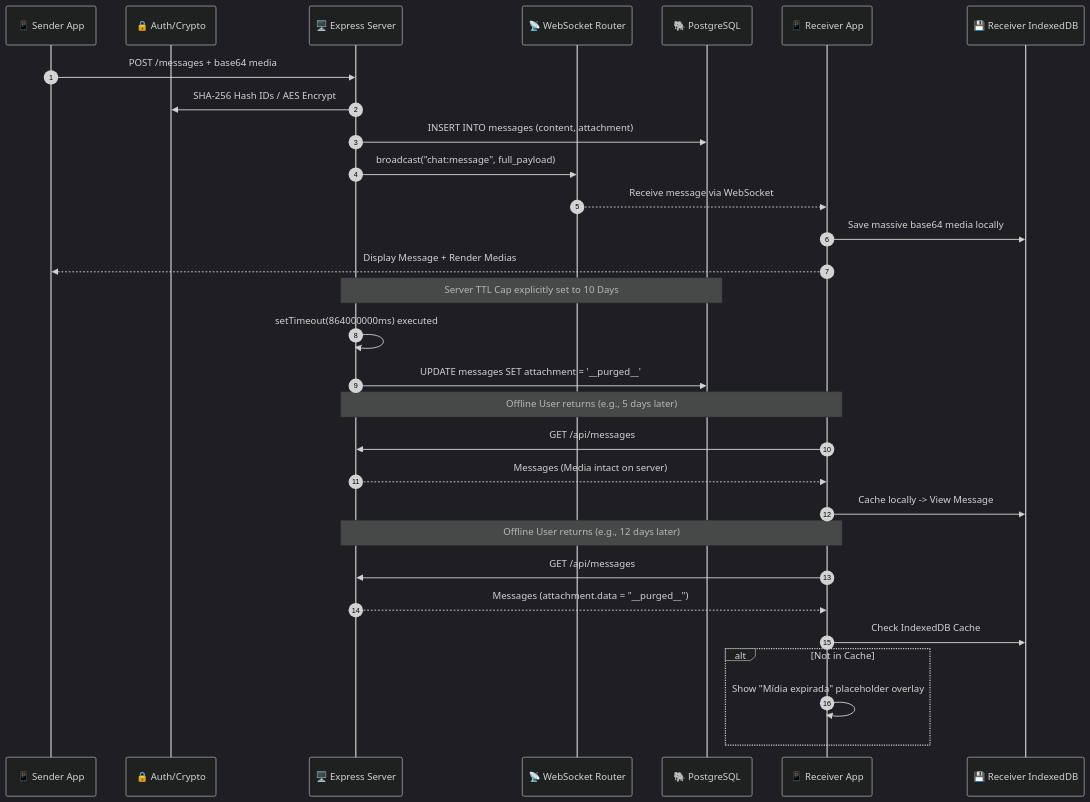
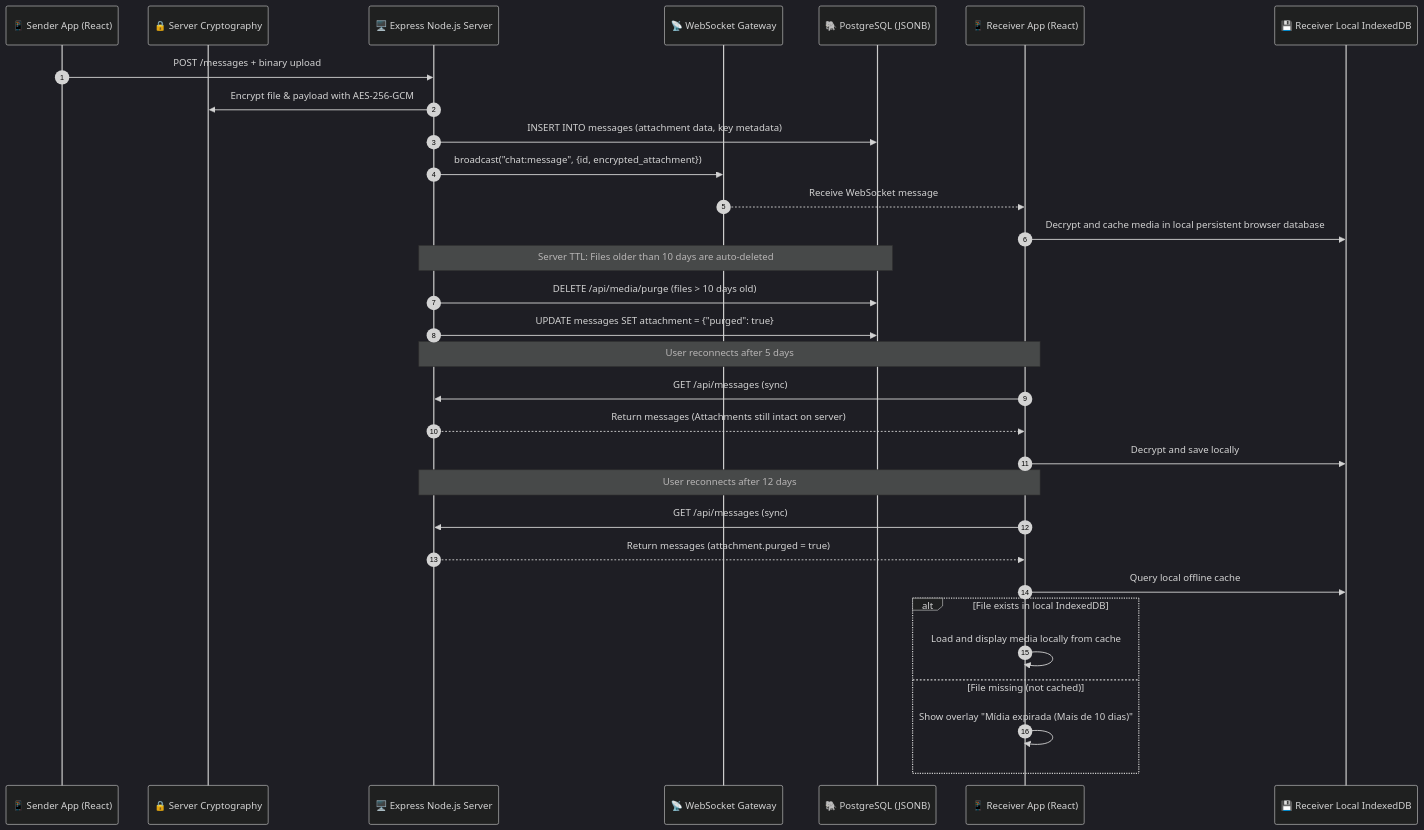
One commit to EduTok/map changed the fifth of 6 diagrams in README.md. Above: the diagram before and after it, drawn with Mermaid (dark theme). The commit also changed other lines of this file, not shown here.

````diff
--- a/README.md
+++ b/README.md
@@ -155,41 +220,42 @@
 ```mermaid
 sequenceDiagram
     autonumber
-    participant Sender as 📱 Sender App
-    participant Auth as 🔒 Auth/Crypto
-    participant Server as 🖥️ Express Server
-    participant WS as 📡 WebSocket Router
-    participant DB as 🐘 PostgreSQL
-    participant Receiver as 📱 Receiver App
-    participant IndexedDB as 💾 Receiver IndexedDB
+    participant Sender as 📱 Sender App (React)
+    participant Auth as 🔒 Server Cryptography
+    participant Server as 🖥️ Express Node.js Server
+    participant WS as 📡 WebSocket Gateway
+    participant DB as 🐘 PostgreSQL (JSONB)
+    participant Receiver as 📱 Receiver App (React)
+    participant IndexedDB as 💾 Receiver Local IndexedDB
 
-    %% Sending Flow
-    Sender->>Server: POST /messages + base64 media
-    Server->>Auth: SHA-256 Hash IDs / AES Encrypt
-    Server->>DB: INSERT INTO messages (content, attachment)
+    %% Upload & Encryption Flow
+    Sender->>Server: POST /messages + binary upload
+    Server->>Auth: Encrypt file & payload with AES-256-GCM
+    Server->>DB: INSERT INTO messages (attachment data, key metadata)
     
-    %% Realtime Delivery
-    Server->>WS: broadcast("chat:message", full_payload)
-    WS-->>Receiver: Receive message via WebSocket
-    Receiver->>IndexedDB: Save massive base64 media locally
-    Receiver-->>Sender: Display Message + Render Medias
+    %% Realtime WebSocket Delivery
+    Server->>WS: broadcast("chat:message", {id, encrypted_attachment})
+    WS-->>Receiver: Receive WebSocket message
+    Receiver->>IndexedDB: Decrypt and cache media in local persistent browser database
 
-    %% 10-Day Retention Model 
-    Note over Server, DB: Server TTL Cap explicitly set to 10 Days
-    Server->>Server: setTimeout(864000000ms) executed
-    Server->>DB: UPDATE messages SET attachment = '__purged__'
+    %% Server Media Purging (10-Day TTL)
+    Note over Server, DB: Server TTL: Files older than 10 days are auto-deleted
+    Server->>DB: DELETE /api/media/purge (files > 10 days old)
+    Server->>DB: UPDATE messages SET attachment = {"purged": true}
     
-    %% Offline Recovery Flow
-    Note over Receiver, Server: Offline User returns (e.g., 5 days later)
-    Receiver->>Server: GET /api/messages
-    Server-->>Receiver: Messages (Media intact on server)
-    Receiver->>IndexedDB: Cache locally -> View Message
+    %% Offline Sync & Retrieval
+    Note over Receiver, Server: User reconnects after 5 days
+    Receiver->>Server: GET /api/messages (sync)
+    Server-->>Receiver: Return messages (Attachments still intact on server)
+    Receiver->>IndexedDB: Decrypt and save locally
 
-    Note over Receiver, Server: Offline User returns (e.g., 12 days later)
-    Receiver->>Server: GET /api/messages
-    Server-->>Receiver: Messages (attachment.data = "__purged__")
-    Receiver->>IndexedDB: Check IndexedDB Cache
-    alt Not in Cache
-        Receiver->>Receiver: Show "Mídia expirada" placeholder overlay
+    Note over Receiver, Server: User reconnects after 12 days
+    Receiver->>Server: GET /api/messages (sync)
+    Server-->>Receiver: Return messages (attachment.purged = true)
+    Receiver->>IndexedDB: Query local offline cache
+    alt File exists in local IndexedDB
+        Receiver->>Receiver: Load and display media locally from cache
+    else File missing (not cached)
+        Receiver->>Receiver: Show overlay "Mídia expirada (Mais de 10 dias)"
     end
 ```
````
